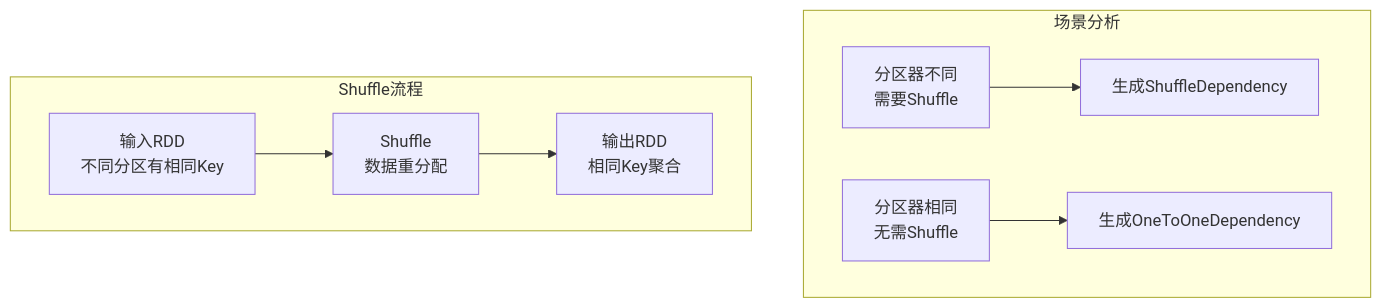
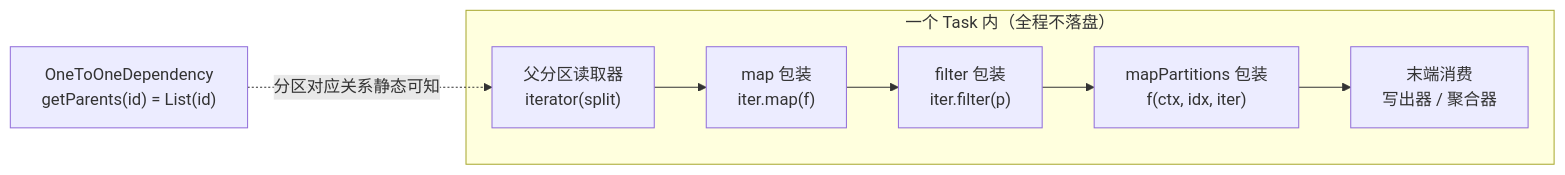
The second of 6 diagrams in content/大数据/Spark/读书笔记-spark内核/01_核心概念与基础/3. Spark核心Transformation操作详解.md (hpliStartAgain/my-brain), drawn with Mermaid before and after one commit. The commit also changed other lines of this file and 259 other files, not shown here.

````diff
--- a/content/大数据/Spark/读书笔记-spark内核/01_核心概念与基础/3. Spark核心Transformation操作详解.md
+++ b/content/大数据/Spark/读书笔记-spark内核/01_核心概念与基础/3. Spark核心Transformation操作详解.md
@@ -355,19 +133,11 @@
 ```mermaid
-flowchart TD
-    subgraph "场景分析"
-        direction LR
-        S1["分区器不同<br>需要Shuffle"]
-        S2["分区器相同<br>无需Shuffle"]
-        
-        S1 --> C1["生成ShuffleDependency"]
-        S2 --> C2["生成OneToOneDependency"]
+%%{init: {'theme': 'dracula'}}%%
+flowchart LR
+    subgraph T["一个 Task 内（全程不落盘）"]
+        A["父分区读取器<br/>iterator(split)"] --> B["map 包装<br/>iter.map(f)"]
+        B --> C["filter 包装<br/>iter.filter(p)"]
+        C --> D["mapPartitions 包装<br/>f(ctx, idx, iter)"]
+        D --> E["末端消费<br/>写出器 / 聚合器"]
     end
-    
-    subgraph "Shuffle流程"
-        A["输入RDD<br>不同分区有相同Key"]
-        B["Shuffle<br>数据重分配"]
-        C["输出RDD<br>相同Key聚合"]
-        
-        A --> B --> C
-    end
+    N["OneToOneDependency<br/>getParents(id) = List(id)"] -. "分区对应关系静态可知" .-> A
 ```
````
